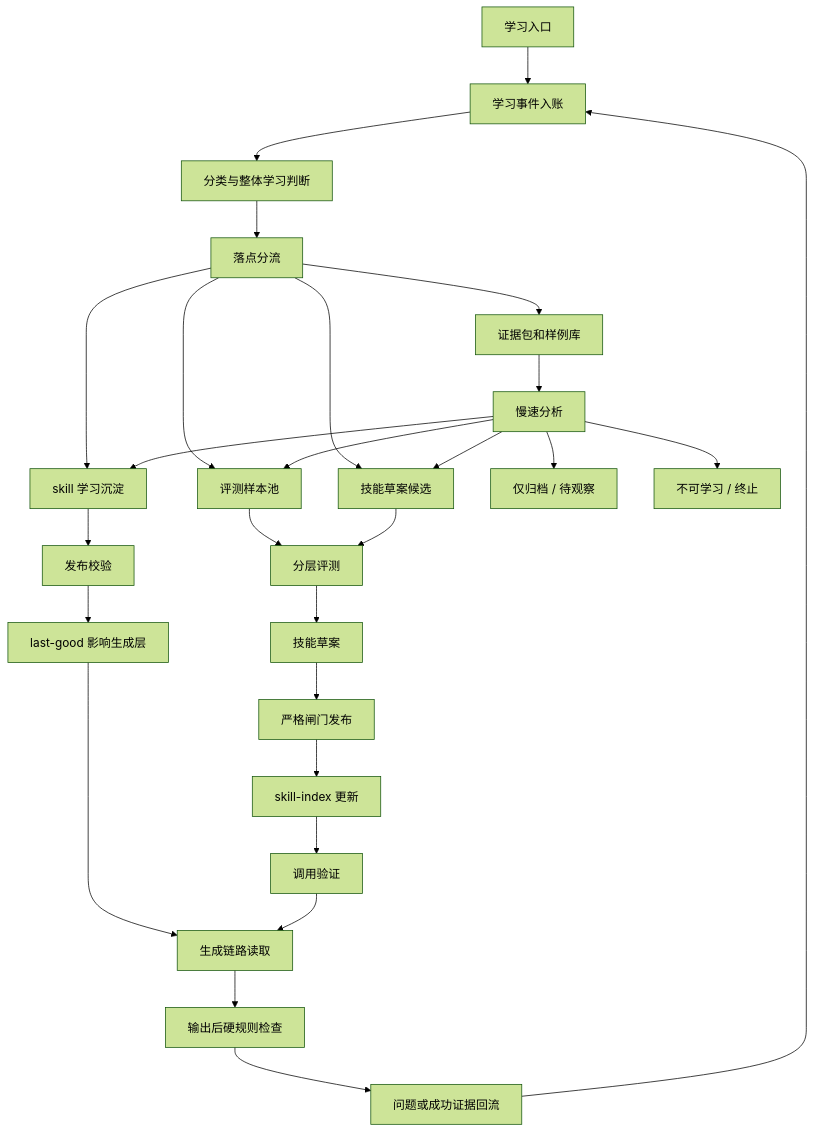
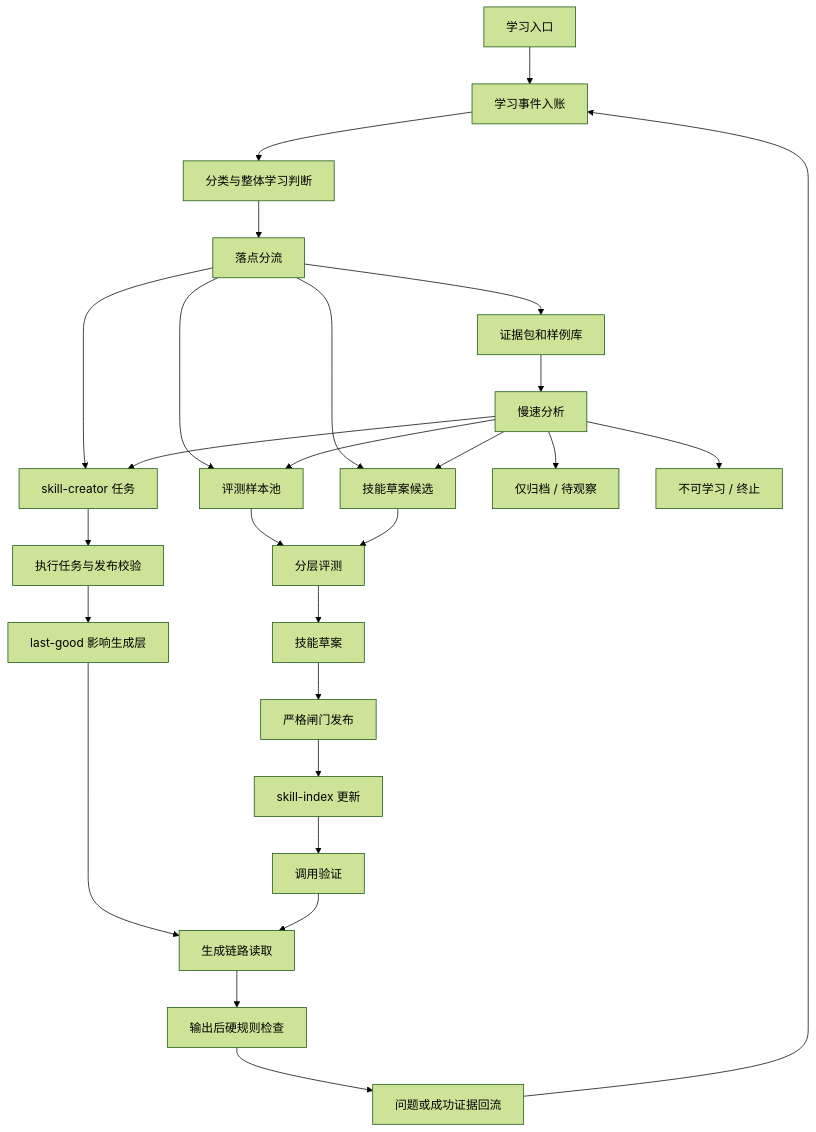
One commit to SteenLuo/MbhStoryboardScriptAssistant changed the diagram in docs/自主学习机制闭环重构方案.md. Above: the diagram before and after it, drawn with Mermaid (forest theme). The commit also changed other lines of this file and 44 other files, not shown here.

Commit message:
Use bundled skill creator for learning tasks

````diff
--- a/docs/自主学习机制闭环重构方案.md
+++ b/docs/自主学习机制闭环重构方案.md
@@ -642,29 +641,29 @@
 ```mermaid
 flowchart TD
   A["学习入口"] --> B["学习事件入账"]
   B --> C["分类与整体学习判断"]
   C --> D["落点分流"]
-  D --> E1["skill 学习沉淀"]
+  D --> E1["skill-creator 任务"]
   D --> E2["证据包和样例库"]
   D --> E3["评测样本池"]
   D --> E4["技能草案候选"]
-  E1 --> F1["发布校验"]
+  E1 --> F1["执行任务与发布校验"]
   F1 --> G1["last-good 影响生成层"]
   E2 --> F2["慢速分析"]
   F2 --> T1["仅归档 / 待观察"]
   F2 --> T2["不可学习 / 终止"]
   F2 --> E1
   F2 --> E3
   F2 --> E4
   E3 --> F3["分层评测"]
   E4 --> F3
   F3 --> G2["技能草案"]
   G2 --> H["严格闸门发布"]
   H --> I["skill-index 更新"]
   I --> J["调用验证"]
   G1 --> K["生成链路读取"]
   J --> K
   K --> L["输出后硬规则检查"]
   L --> M["问题或成功证据回流"]
   M --> B
 ```
````
